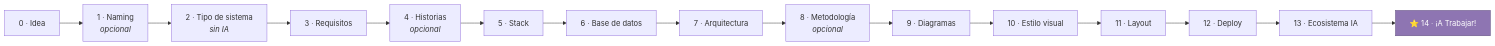
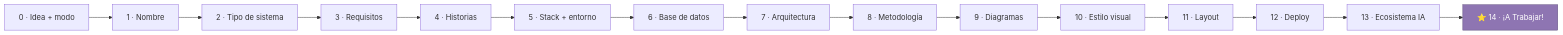
One commit to Ju4mpizel/dev-idea changed the diagram in README.md. Above: the diagram before and after it, drawn with Mermaid. The commit also changed other lines of this file and 2 other files, not shown here.

````diff
--- a/README.md
+++ b/README.md
@@ -64,19 +71,19 @@
 ```mermaid
 flowchart LR
-    A["0 · Idea"] --> B["1 · Naming<br/><i>opcional</i>"]
-    B --> S["2 · Tipo de sistema<br/><i>sin IA</i>"]
+    A["0 · Idea + modo"] --> B["1 · Nombre"]
+    B --> S["2 · Tipo de sistema"]
     S --> C["3 · Requisitos"]
-    C --> D["4 · Historias<br/><i>opcional</i>"]
-    D --> E["5 · Stack"]
+    C --> D["4 · Historias"]
+    D --> E["5 · Stack + entorno"]
     E --> F["6 · Base de datos"]
     F --> G["7 · Arquitectura"]
-    G --> H["8 · Metodología<br/><i>opcional</i>"]
+    G --> H["8 · Metodología"]
     H --> I["9 · Diagramas"]
     I --> J["10 · Estilo visual"]
     J --> K["11 · Layout"]
     K --> L["12 · Deploy"]
     L --> M["13 · Ecosistema IA"]
     M --> N["⭐ 14 · ¡A Trabajar!"]
 
     style N fill:#8E75B2,stroke:#5b4a7a,color:#fff
 ```
````
